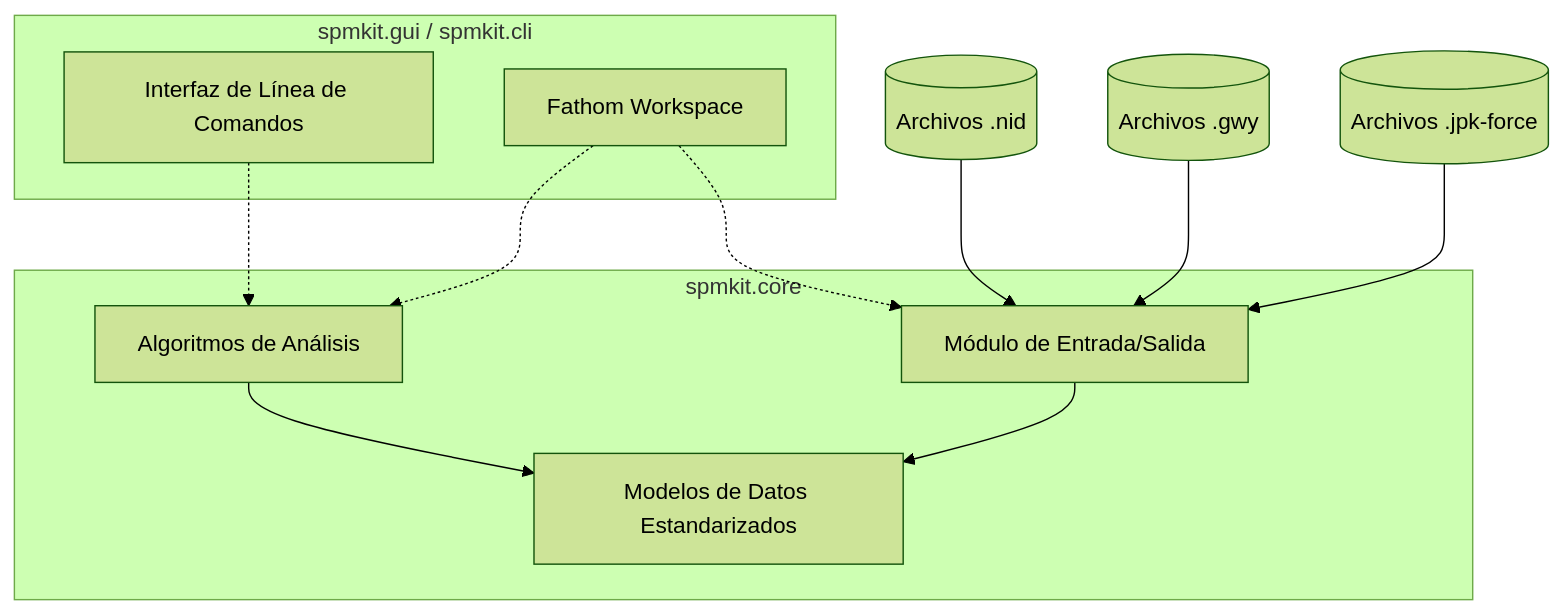
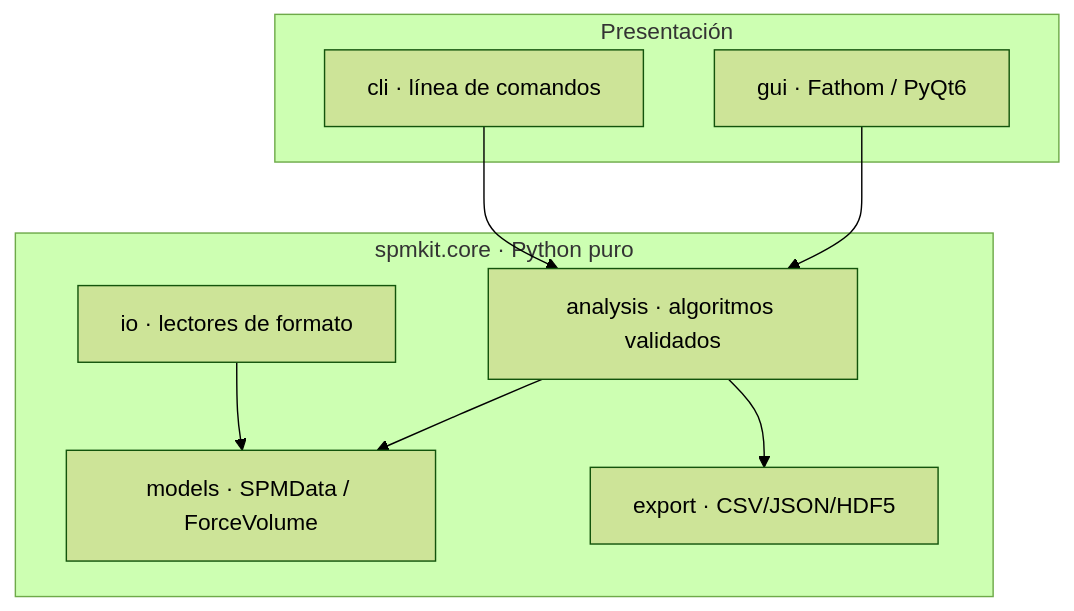
One commit to kegouro/spmkit changed the diagram in README.md. Above: the diagram before and after it, drawn with Mermaid (forest theme). The commit also changed other lines of this file and 1 other file, not shown here.

````diff
--- a/README.md
+++ b/README.md
@@ -63,24 +172,18 @@
 ```mermaid
 graph TD
-    subgraph SPM-Kit Core [spmkit.core]
-        IO[Módulo de Entrada/Salida]
-        ANALYSIS[Algoritmos de Análisis]
-        MODELS[Modelos de Datos Estandarizados]
-        
-        IO --> MODELS
-        ANALYSIS --> MODELS
+    subgraph Presentación
+        CLI[cli · línea de comandos]
+        GUI[gui · Fathom / PyQt6]
     end
-
-    subgraph Presentación [spmkit.gui / spmkit.cli]
-        CLI[Interfaz de Línea de Comandos]
-        FATHOM[Fathom Workspace]
-        
-        CLI -.-> ANALYSIS
-        FATHOM -.-> ANALYSIS
-        FATHOM -.-> IO
+    subgraph Núcleo [spmkit.core · Python puro]
+        IO[io · lectores de formato]
+        ANALYSIS[analysis · algoritmos validados]
+        MODELS[models · SPMData / ForceVolume]
+        EXPORT[export · CSV/JSON/HDF5]
     end
-
-    EXT1[(Archivos .nid)] --> IO
-    EXT2[(Archivos .gwy)] --> IO
-    EXT3[(Archivos .jpk-force)] --> IO
+    CLI --> ANALYSIS
+    GUI --> ANALYSIS
+    IO --> MODELS
+    ANALYSIS --> MODELS
+    ANALYSIS --> EXPORT
 ```
````
